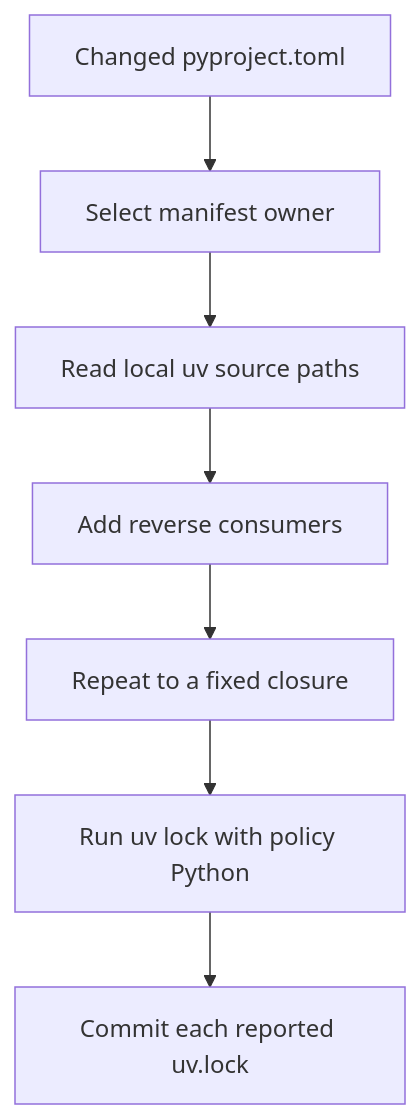
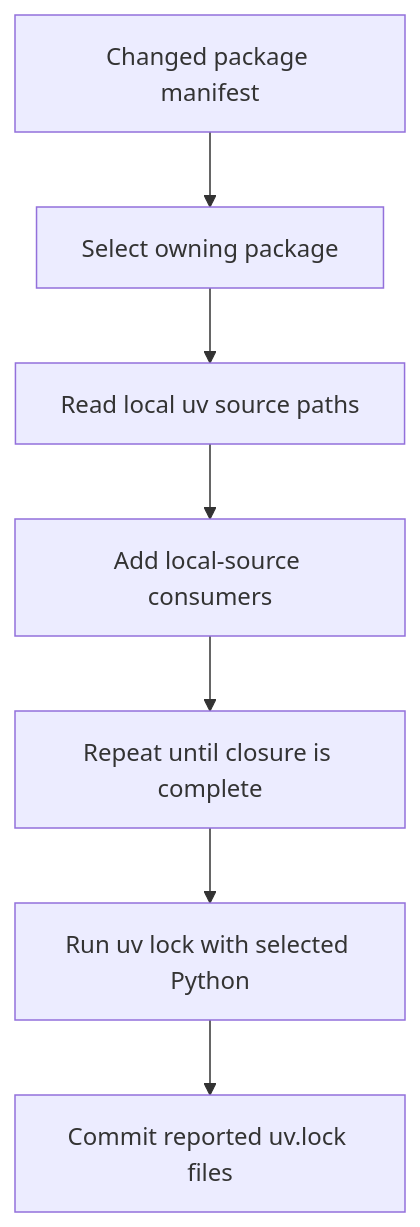
The first of 2 diagrams in openwiki/operations/development.md (langchain-ai/deepagents), drawn with Mermaid before and after one commit. The commit also changed other lines of this file and 35 other files, not shown here.

````diff
--- a/openwiki/operations/development.md
+++ b/openwiki/operations/development.md
@@ -78,9 +88,9 @@
 ```mermaid
 flowchart TD
-    Change["Changed pyproject.toml"] --> Owner["Select manifest owner"]
+    Change["Changed package manifest"] --> Owner["Select owning package"]
     Owner --> Sources["Read local uv source paths"]
-    Sources --> Consumers["Add reverse consumers"]
-    Consumers --> Closure["Repeat to a fixed closure"]
-    Closure --> Resolve["Run uv lock with policy Python"]
-    Resolve --> Commit["Commit each reported uv.lock"]
+    Sources --> Consumers["Add local-source consumers"]
+    Consumers --> Closure["Repeat until closure is complete"]
+    Closure --> Resolve["Run uv lock with selected Python"]
+    Resolve --> Commit["Commit reported uv.lock files"]
 ```
````
